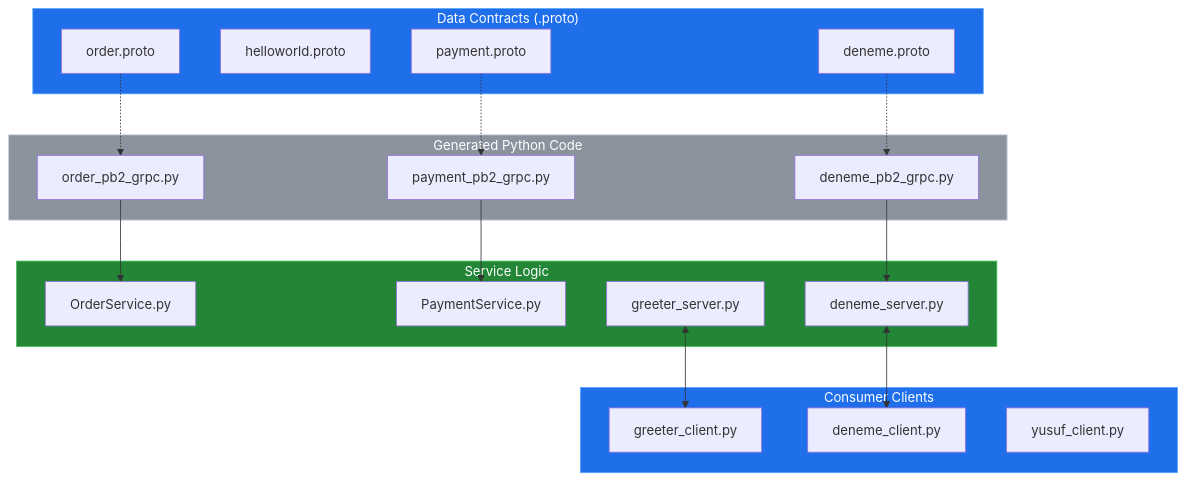
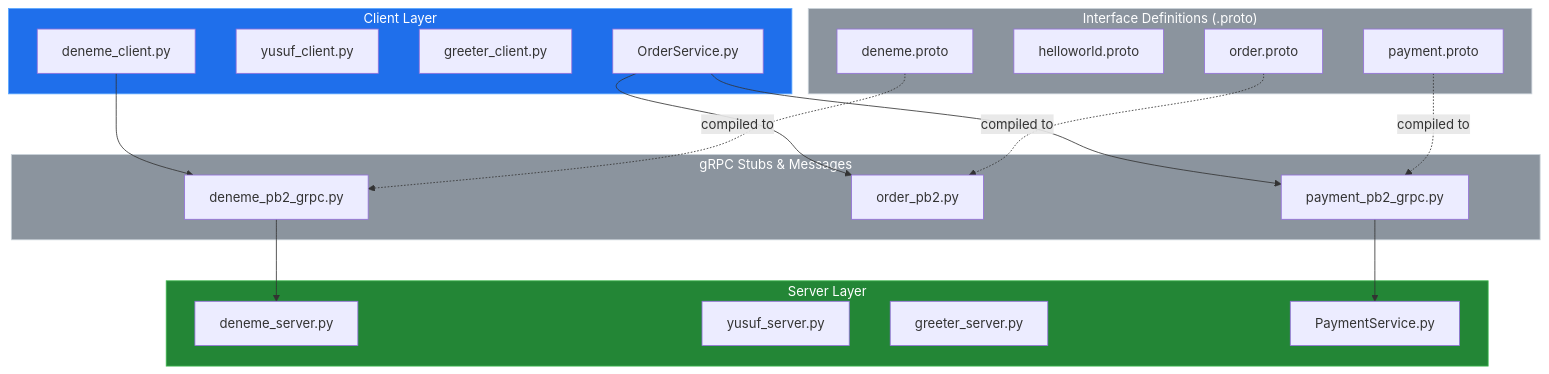
One commit to YusuffBulbul/GRPC_calisma changed the first of 2 diagrams in README_ARCH.md. Above: the diagram before and after it, drawn with Mermaid. The commit also changed other lines of this file, not shown here.

Commit message:
docs: update system blueprint (2026-09-07)

````diff
--- a/README_ARCH.md
+++ b/README_ARCH.md
@@ -19,43 +20,44 @@
 ```mermaid
 flowchart TD
-    subgraph Protobuf ["Data Contracts (.proto)"]
+    subgraph ClientLayer ["Client Layer"]
+        C1["deneme_client.py"]
+        C2["yusuf_client.py"]
+        C3["greeter_client.py"]
+        C4["OrderService.py"]
+    end
+
+    subgraph ProtoDefinitions ["Interface Definitions (.proto)"]
         P1["deneme.proto"]
         P2["helloworld.proto"]
         P3["order.proto"]
         P4["payment.proto"]
     end
 
-    subgraph Generated ["Generated Python Code"]
+    subgraph GeneratedCode ["gRPC Stubs & Messages"]
         G1["deneme_pb2_grpc.py"]
-        G2["order_pb2_grpc.py"]
+        G2["order_pb2.py"]
         G3["payment_pb2_grpc.py"]
     end
 
-    subgraph Implementation ["Service Logic"]
-        S1["OrderService.py"]
-        S2["PaymentService.py"]
+    subgraph ServerLayer ["Server Layer"]
+        S1["deneme_server.py"]
+        S2["yusuf_server.py"]
         S3["greeter_server.py"]
-        S4["deneme_server.py"]
+        S4["PaymentService.py"]
     end
 
-    subgraph Clients ["Consumer Clients"]
-        C1["greeter_client.py"]
-        C2["deneme_client.py"]
-        C3["yusuf_client.py"]
-    end
+    C1 --> G1
+    C4 --> G2
+    C4 --> G3
+    G1 --> S1
+    G3 --> S4
+    P1 -.->|compiled to| G1
+    P3 -.->|compiled to| G2
+    P4 -.->|compiled to| G3
 
-    P1 -.-> G1
-    P3 -.-> G2
-    P4 -.-> G3
-    G1 --> S4
-    G2 --> S1
-    G3 --> S2
-    S4 <--> C2
-    S3 <--> C1
-
-    style Protobuf fill:#1f6feb,stroke:#58a6ff,color:#fff
-    style Generated fill:#8b949e,stroke:#c9d1d9,color:#fff
-    style Implementation fill:#238636,stroke:#3fb950,color:#fff
-    style Clients fill:#1f6feb,stroke:#58a6ff,color:#fff
+    style ClientLayer fill:#1f6feb,stroke:#58a6ff,color:#fff
+    style ServerLayer fill:#238636,stroke:#3fb950,color:#fff
+    style ProtoDefinitions fill:#8b949e,stroke:#c9d1d9,color:#fff
+    style GeneratedCode fill:#8b949e,stroke:#c9d1d9,color:#fff
 
 ```
````
